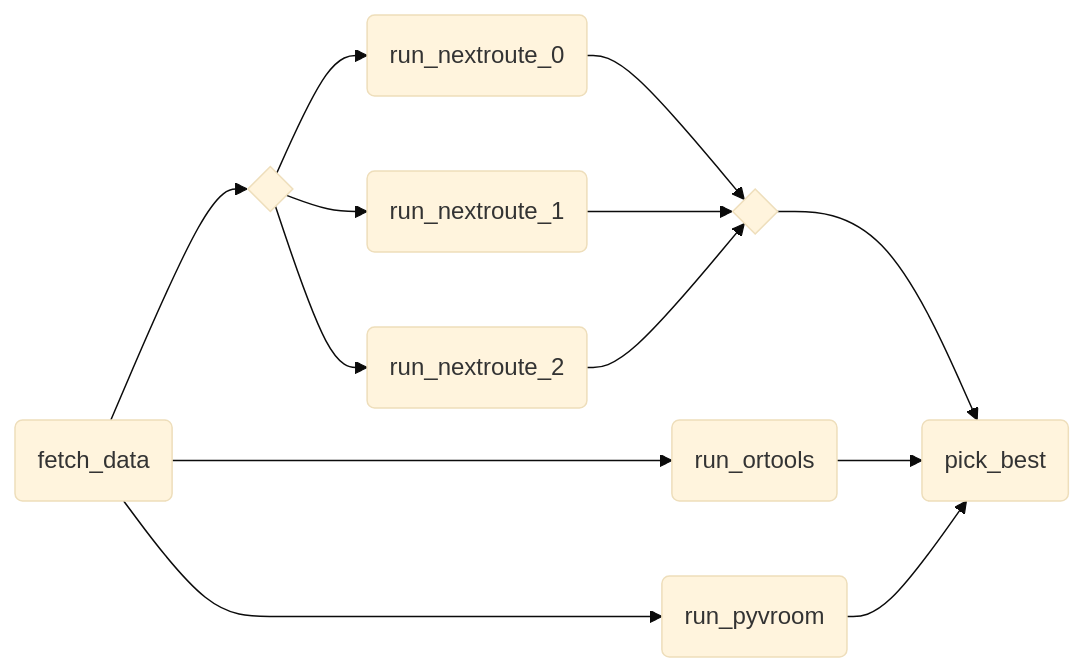
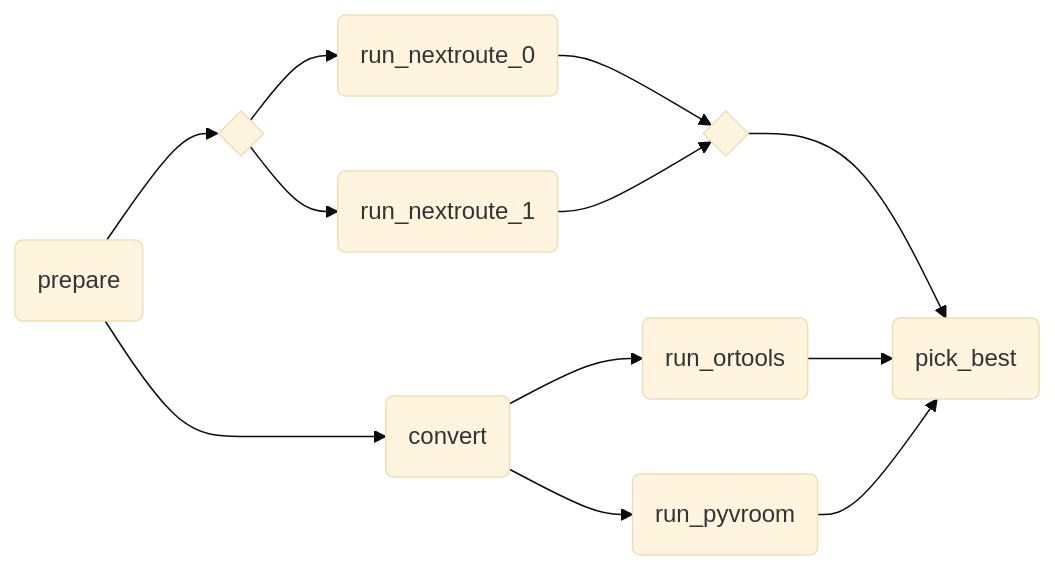
The diagram in examples/pipeline-complex/README.md (nextmv-io/nextpipe), drawn with Mermaid (base theme) before and after one commit. The commit also changed 4 other files, not shown here.

````diff
--- a/examples/pipeline-complex/README.md
+++ b/examples/pipeline-complex/README.md
@@ -7,24 +7,23 @@
 ```mermaid
 graph LR
-  fetch_data(fetch_data)
-  fetch_data --> run_nextroute
-  fetch_data --> run_ortools
-  fetch_data --> run_pyvroom
+  prepare(prepare)
+  prepare --> convert
+  prepare --> run_nextroute
+  convert(convert)
+  convert --> run_ortools
+  convert --> run_pyvroom
   run_nextroute{ }
   run_nextroute_join{ }
   run_nextroute_0(run_nextroute_0)
   run_nextroute --> run_nextroute_0
   run_nextroute_0 --> run_nextroute_join
   run_nextroute_1(run_nextroute_1)
   run_nextroute --> run_nextroute_1
   run_nextroute_1 --> run_nextroute_join
-  run_nextroute_2(run_nextroute_2)
-  run_nextroute --> run_nextroute_2
-  run_nextroute_2 --> run_nextroute_join
   run_nextroute_join --> pick_best
   run_ortools(run_ortools)
   run_ortools --> pick_best
   run_pyvroom(run_pyvroom)
   run_pyvroom --> pick_best
   pick_best(pick_best)
 ```
````
